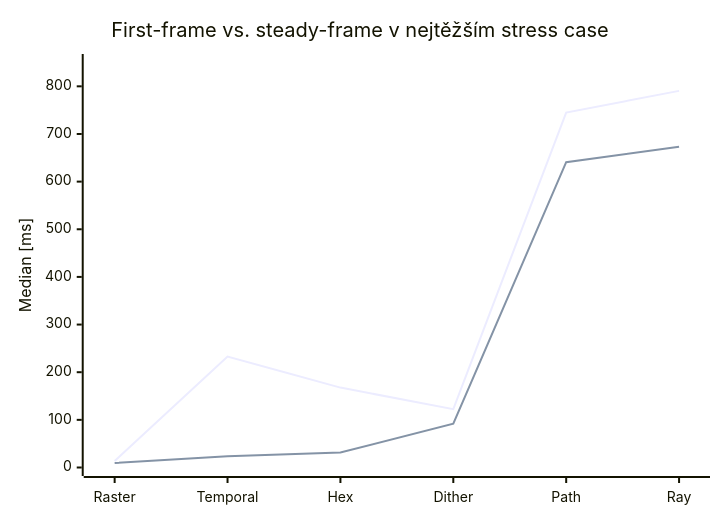
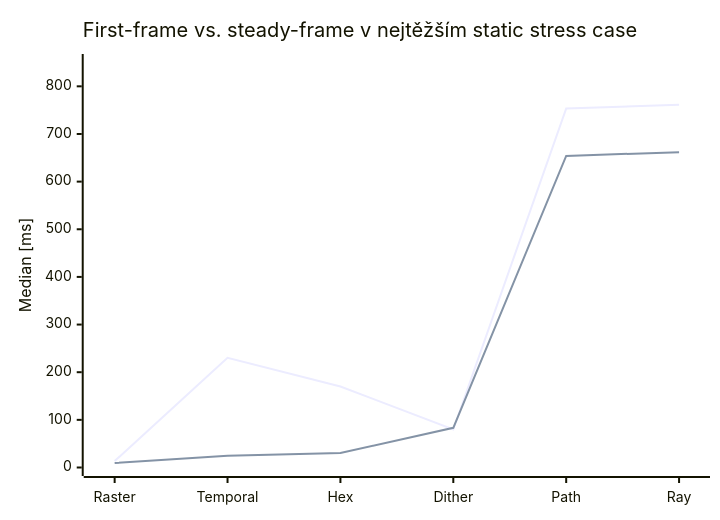
The third of 13 diagrams in README.md (Esperosa/3D-Renderer-Josefina---PGR2), drawn with Mermaid before and after one commit. The commit also changed other lines of this file and 2 other files, not shown here.

````diff
--- a/README.md
+++ b/README.md
@@ -189,8 +210,8 @@
 ```mermaid
 xychart-beta
-    title "First-frame vs. steady-frame v nejtěžším stress case"
+    title "First-frame vs. steady-frame v nejtěžším static stress case"
     x-axis ["Raster", "Temporal", "Hex", "Dither", "Path", "Ray"]
     y-axis "Median [ms]" 0 --> 850
-    line "First-frame" [13.46, 232.80, 167.71, 122.42, 744.82, 790.46]
-    line "Steady-frame" [9.35, 23.55, 31.32, 91.78, 640.81, 673.18]
+    line "First-frame" [13.42, 230.24, 170.03, 79.77, 753.34, 761.22]
+    line "Steady-frame" [9.36, 24.49, 30.48, 83.33, 653.86, 661.84]
 ```
````
